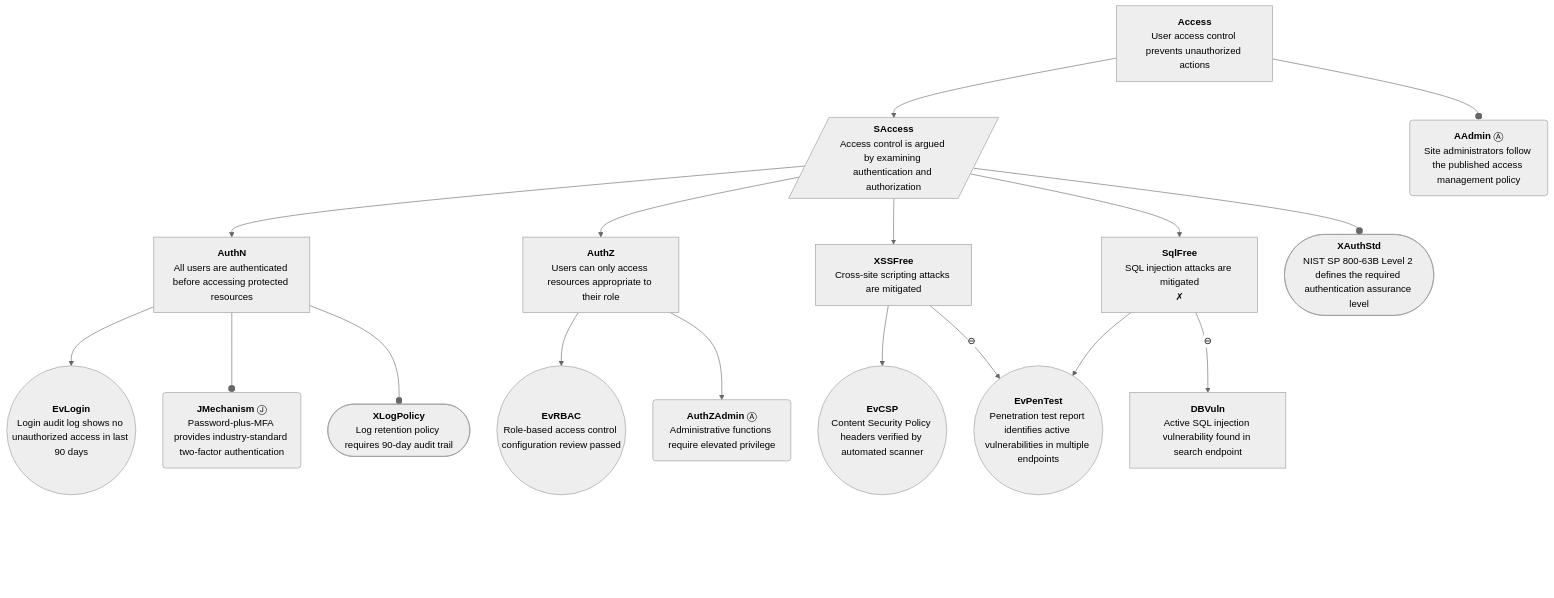
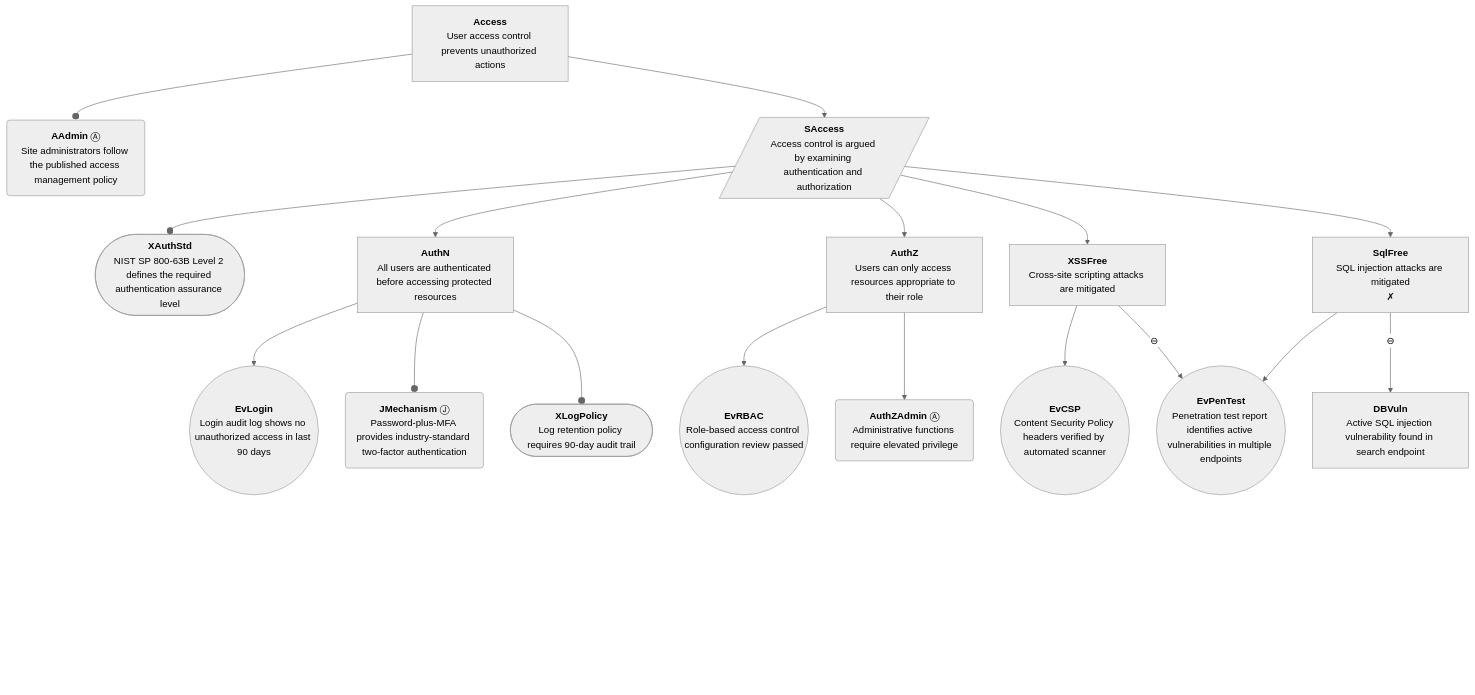
The sixth of 12 diagrams in tests/fixtures/demo-output.expected.md (david-a-wheeler/verocase), drawn with Mermaid before and after one commit. The commit also changed other lines of this file and 8 other files, not shown here.

Commit message:
Increase bottom padding by lengthening connector

````diff
--- a/tests/fixtures/demo-output.expected.md
+++ b/tests/fixtures/demo-output.expected.md
@@ -344,75 +344,75 @@
 ```mermaid
 ---
 config:
   theme: neutral
   flowchart:
     curve: basis
     htmlLabels: true
     rankSpacing: 60
     nodeSpacing: 45
     padding: 15
 ---
 flowchart TD
     classDef invisible opacity:0
     classDef gsnUndev stroke-width:2px,stroke-dasharray: 5 5;
     classDef connector fill:none,stroke:#cccccc,stroke-width:1px;
     Access["<b>Access</b><br>User access control prevents unauthorized actions"]
     AAdmin("<b>AAdmin</b>&nbsp;Ⓐ<br>Site administrators follow the published access management policy")
     SAccess[/"<b>SAccess</b><br>Access control is argued by examining authentication and authorization"/]
     XAuthStd(["<b>XAuthStd</b><br>NIST SP 800-63B Level 2 defines the required authentication assurance level"])
     AuthN["<b>AuthN</b><br>All users are authenticated before accessing protected resources"]
     AuthZ["<b>AuthZ</b><br>Users can only access resources appropriate to their role"]
     XSSFree["<b>XSSFree</b><br>Cross-site scripting attacks are mitigated"]
     SqlFree["<b>SqlFree</b><br>SQL injection attacks are mitigated<br>✗"]
     EvLogin(("<b>EvLogin</b><br>Login audit log shows no unauthorized access in last 90 days"))
     JMechanism("<b>JMechanism</b>&nbsp;Ⓙ<br>Password-plus-MFA provides industry-standard two-factor authentication")
     XLogPolicy(["<b>XLogPolicy</b><br>Log retention policy requires 90-day audit trail"])
     EvRBAC(("<b>EvRBAC</b><br>Role-based access control configuration review passed"))
     AuthZAdmin("<b>AuthZAdmin</b>&nbsp;Ⓐ<br>Administrative functions require elevated privilege")
     EvCSP(("<b>EvCSP</b><br>Content Security Policy headers verified by automated scanner"))
     EvPenTest(("<b>EvPenTest</b><br>Penetration test report identifies active vulnerabilities in multiple endpoints"))
     DBVuln["<b>DBVuln</b><br>Active SQL injection vulnerability found in search endpoint"]
     click Access "https://github.com/david-a-wheeler/verocase/blob/main/tests/fixtures/demo-output.expected.md#claim-access"
     click AAdmin "https://github.com/david-a-wheeler/verocase/blob/main/tests/fixtures/demo-output.expected.md#assumption-aadmin"
     click SAccess "https://github.com/david-a-wheeler/verocase/blob/main/tests/fixtures/demo-output.expected.md#strategy-saccess"
     click XAuthStd "https://github.com/david-a-wheeler/verocase/blob/main/tests/fixtures/demo-output.expected.md#context-xauthstd"
     click AuthN "https://github.com/david-a-wheeler/verocase/blob/main/tests/fixtures/demo-output.expected.md#claim-authn"
     click AuthZ "https://github.com/david-a-wheeler/verocase/blob/main/tests/fixtures/demo-output.expected.md#claim-authz"
     click XSSFree "https://github.com/david-a-wheeler/verocase/blob/main/tests/fixtures/demo-output.expected.md#claim-xssfree"
     click SqlFree "https://github.com/david-a-wheeler/verocase/blob/main/tests/fixtures/demo-output.expected.md#claim-sqlfree"
     click EvLogin "https://github.com/david-a-wheeler/verocase/blob/main/tests/fixtures/demo-output.expected.md#evidence-evlogin"
     click JMechanism "https://github.com/david-a-wheeler/verocase/blob/main/tests/fixtures/demo-output.expected.md#justification-jmechanism"
     click XLogPolicy "https://github.com/david-a-wheeler/verocase/blob/main/tests/fixtures/demo-output.expected.md#context-xlogpolicy"
     click EvRBAC "https://github.com/david-a-wheeler/verocase/blob/main/tests/fixtures/demo-output.expected.md#evidence-evrbac"
     click AuthZAdmin "https://github.com/david-a-wheeler/verocase/blob/main/tests/fixtures/demo-output.expected.md#claim-authzadmin"
     click EvCSP "https://github.com/david-a-wheeler/verocase/blob/main/tests/fixtures/demo-output.expected.md#evidence-evcsp"
     click EvPenTest "https://github.com/david-a-wheeler/verocase/blob/main/tests/fixtures/demo-output.expected.md#evidence-evpentest"
     click DBVuln "https://github.com/david-a-wheeler/verocase/blob/main/tests/fixtures/demo-output.expected.md#claim-dbvuln"
 
     Access --o AAdmin
     Access --> SAccess
     SAccess --o XAuthStd
     SAccess --> AuthN
     AuthN --> EvLogin
     AuthN --o JMechanism
     AuthN --o XLogPolicy
     SAccess --> AuthZ
     AuthZ --> EvRBAC
     AuthZ --> AuthZAdmin
     SAccess --> XSSFree
     XSSFree --> EvCSP
     XSSFree -->|⊖| EvPenTest
     SAccess --> SqlFree
     SqlFree --> EvPenTest
     SqlFree -->|⊖| DBVuln
-    AAdmin ~~~ BottomPadding1["<br/><br/><br/>"]:::invisible
-    XAuthStd ~~~ BottomPadding2["<br/><br/><br/>"]:::invisible
-    EvLogin ~~~ BottomPadding3["<br/><br/><br/>"]:::invisible
-    JMechanism ~~~ BottomPadding4["<br/><br/><br/>"]:::invisible
-    XLogPolicy ~~~ BottomPadding5["<br/><br/><br/>"]:::invisible
-    EvRBAC ~~~ BottomPadding6["<br/><br/><br/>"]:::invisible
-    AuthZAdmin ~~~ BottomPadding7["<br/><br/><br/>"]:::invisible
-    EvCSP ~~~ BottomPadding8["<br/><br/><br/>"]:::invisible
-    EvPenTest ~~~ BottomPadding9["<br/><br/><br/>"]:::invisible
-    DBVuln ~~~ BottomPadding10["<br/><br/><br/>"]:::invisible
+    AAdmin ~~~~ BottomPadding1["<br/><br/><br/>"]:::invisible
+    XAuthStd ~~~~ BottomPadding2["<br/><br/><br/>"]:::invisible
+    EvLogin ~~~~ BottomPadding3["<br/><br/><br/>"]:::invisible
+    JMechanism ~~~~ BottomPadding4["<br/><br/><br/>"]:::invisible
+    XLogPolicy ~~~~ BottomPadding5["<br/><br/><br/>"]:::invisible
+    EvRBAC ~~~~ BottomPadding6["<br/><br/><br/>"]:::invisible
+    AuthZAdmin ~~~~ BottomPadding7["<br/><br/><br/>"]:::invisible
+    EvCSP ~~~~ BottomPadding8["<br/><br/><br/>"]:::invisible
+    EvPenTest ~~~~ BottomPadding9["<br/><br/><br/>"]:::invisible
+    DBVuln ~~~~ BottomPadding10["<br/><br/><br/>"]:::invisible
 ```
````
